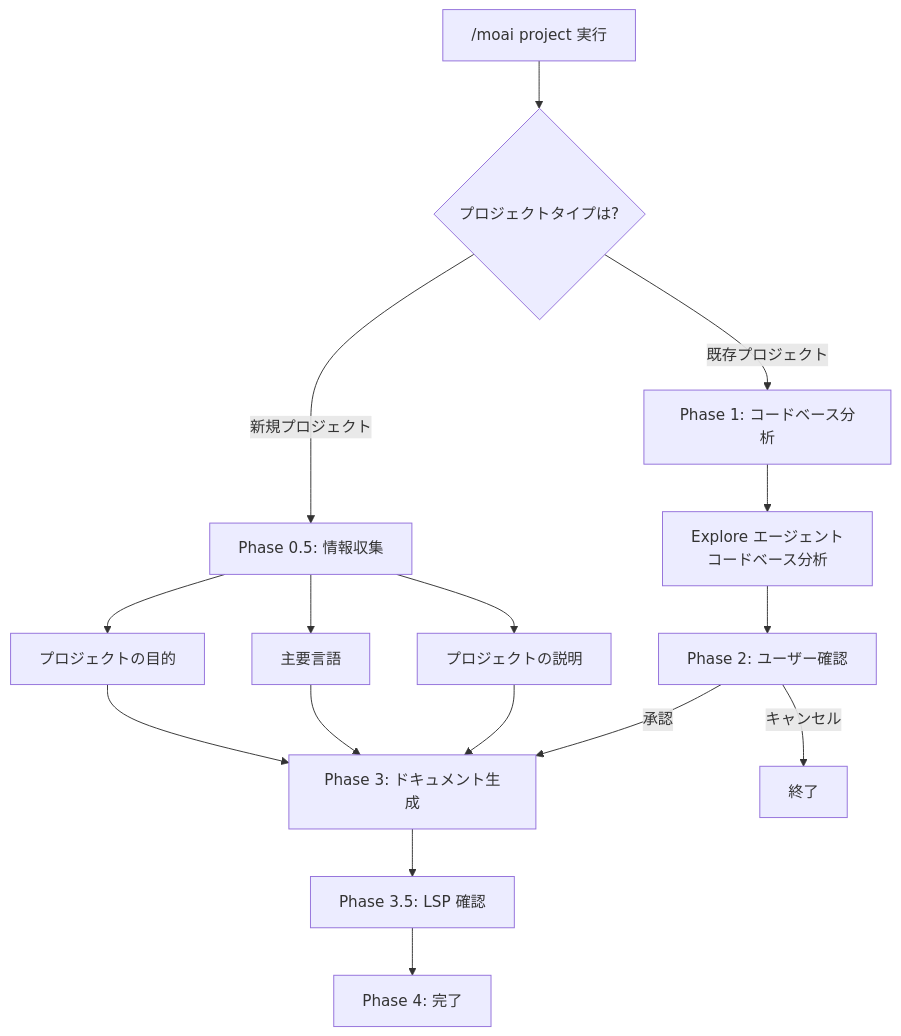
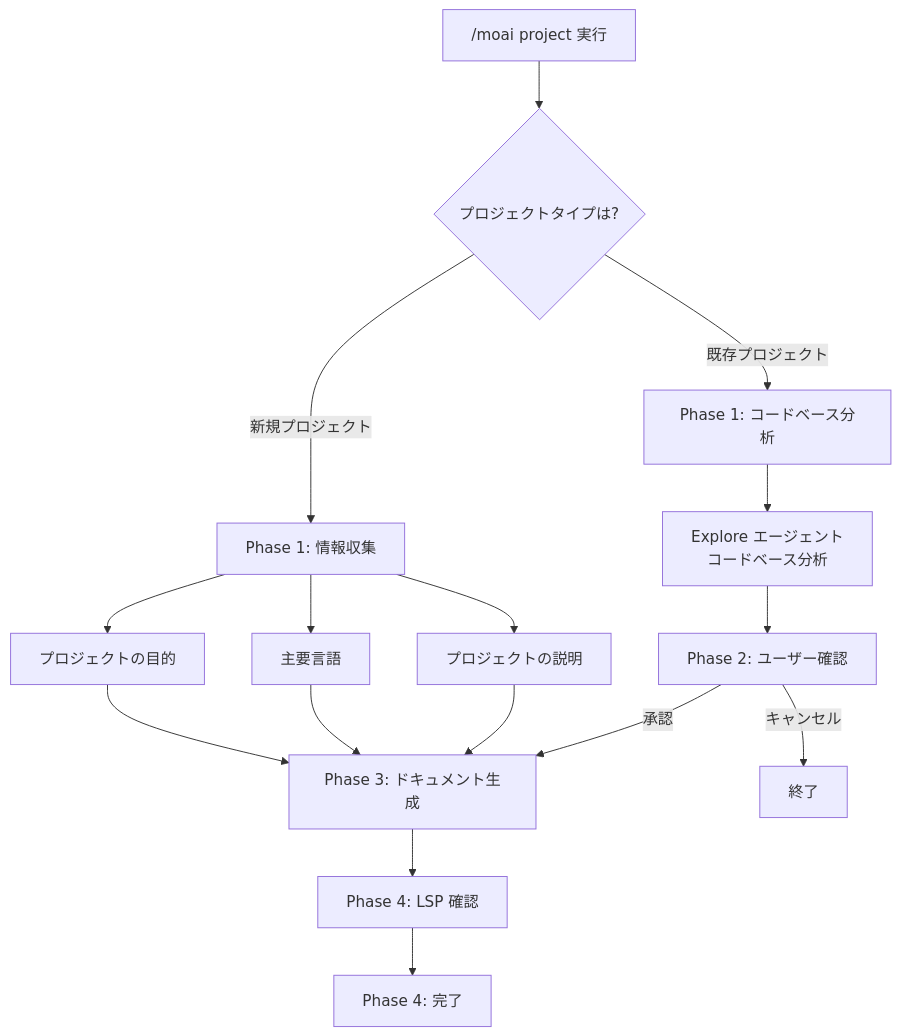
The first of 2 diagrams in docs-site/content/ja/workflow-commands/moai-project.md (modu-ai/moai-adk), drawn with Mermaid before and after one commit. The commit also changed other lines of this file and 190 other files, not shown here.

````diff
--- a/docs-site/content/ja/workflow-commands/moai-project.md
+++ b/docs-site/content/ja/workflow-commands/moai-project.md
@@ -97,24 +97,24 @@
 ```mermaid
 flowchart TD
     Start["/moai project 実行"] --> Q1{プロジェクトタイプは?}
 
-    Q1 -->|新規プロジェクト| New["Phase 0.5: 情報収集"]
+    Q1 -->|新規プロジェクト| New["Phase 1: 情報収集"]
     Q1 -->|既存プロジェクト| Exist["Phase 1: コードベース分析"]
 
     New --> NewQ["プロジェクトの目的"]
     New --> NewL["主要言語"]
     New --> NewD["プロジェクトの説明"]
 
     NewQ --> Gen["Phase 3: ドキュメント生成"]
     NewL --> Gen
     NewD --> Gen
 
     Exist --> Exp["Explore エージェント<br/>コードベース分析"]
     Exp --> Conf["Phase 2: ユーザー確認"]
 
     Conf -->|承認| Gen
     Conf -->|キャンセル| End["終了"]
 
-    Gen --> LSP["Phase 3.5: LSP 確認"]
+    Gen --> LSP["Phase 4: LSP 確認"]
     LSP --> Complete["Phase 4: 完了"]
 ```
````
